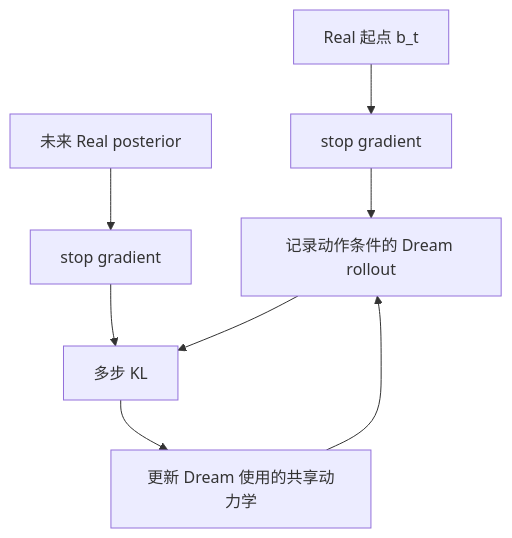
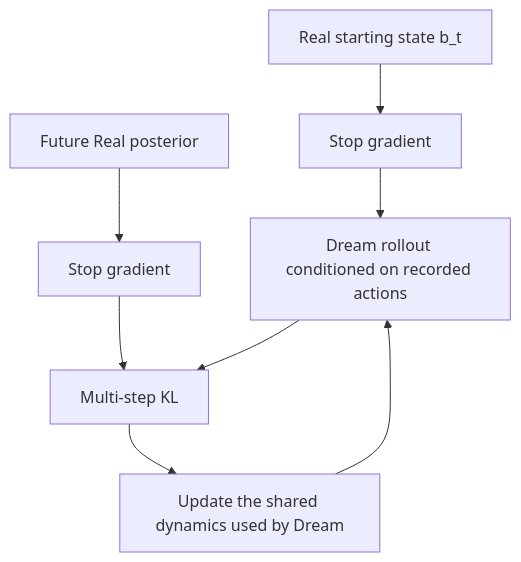
One commit to iceezhu306-lgtm/HelixWM-for-world-model changed the second of 3 diagrams in docs/DESIGN.md. Above: the diagram before and after it, drawn with Mermaid. The commit also changed other lines of this file and 2 other files, not shown here.

Commit message:
docs: translate all repository documentation and diagrams into English

````diff
--- a/docs/DESIGN.md
+++ b/docs/DESIGN.md
@@ -58,8 +58,8 @@
 ```mermaid
 flowchart TD
-    B["Real 起点 b_t"] --> S["stop gradient"] --> R["记录动作条件的 Dream rollout"]
-    Q["未来 Real posterior"] --> SQ["stop gradient"] --> KL["多步 KL"]
+    B["Real starting state b_t"] --> S["Stop gradient"] --> R["Dream rollout conditioned on recorded actions"]
+    Q["Future Real posterior"] --> SQ["Stop gradient"] --> KL["Multi-step KL"]
     R --> KL
-    KL --> U["更新 Dream 使用的共享动力学"]
+    KL --> U["Update the shared dynamics used by Dream"]
     U --> R
 ```
````
